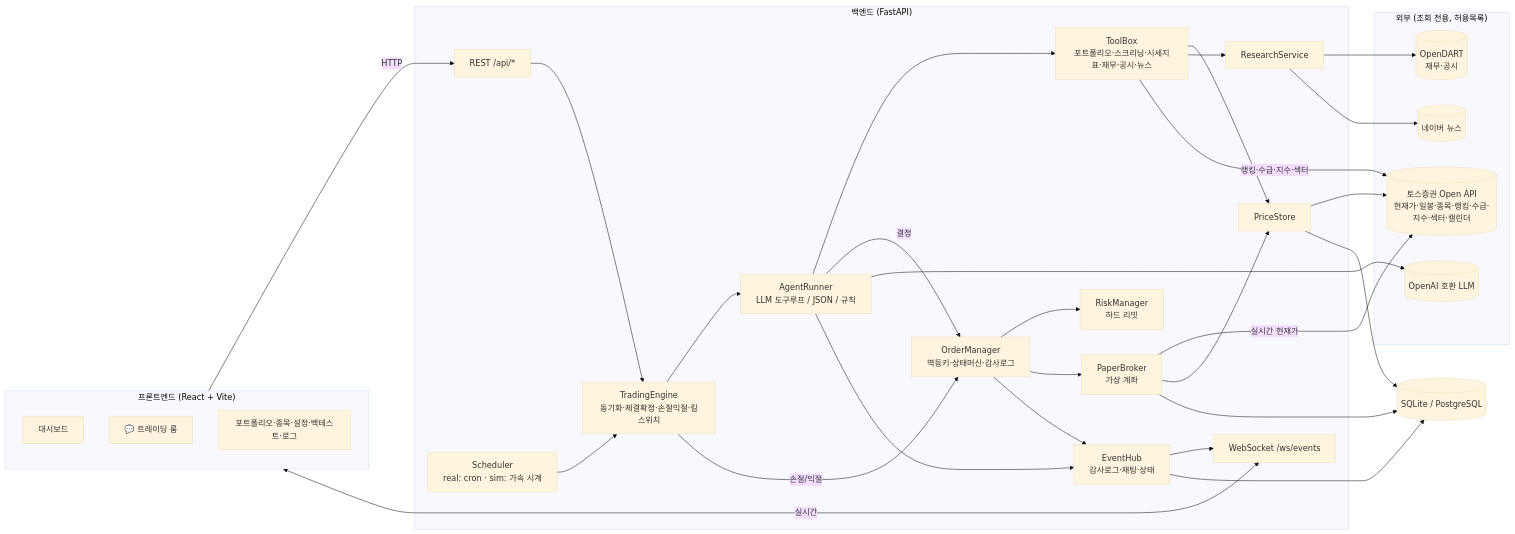
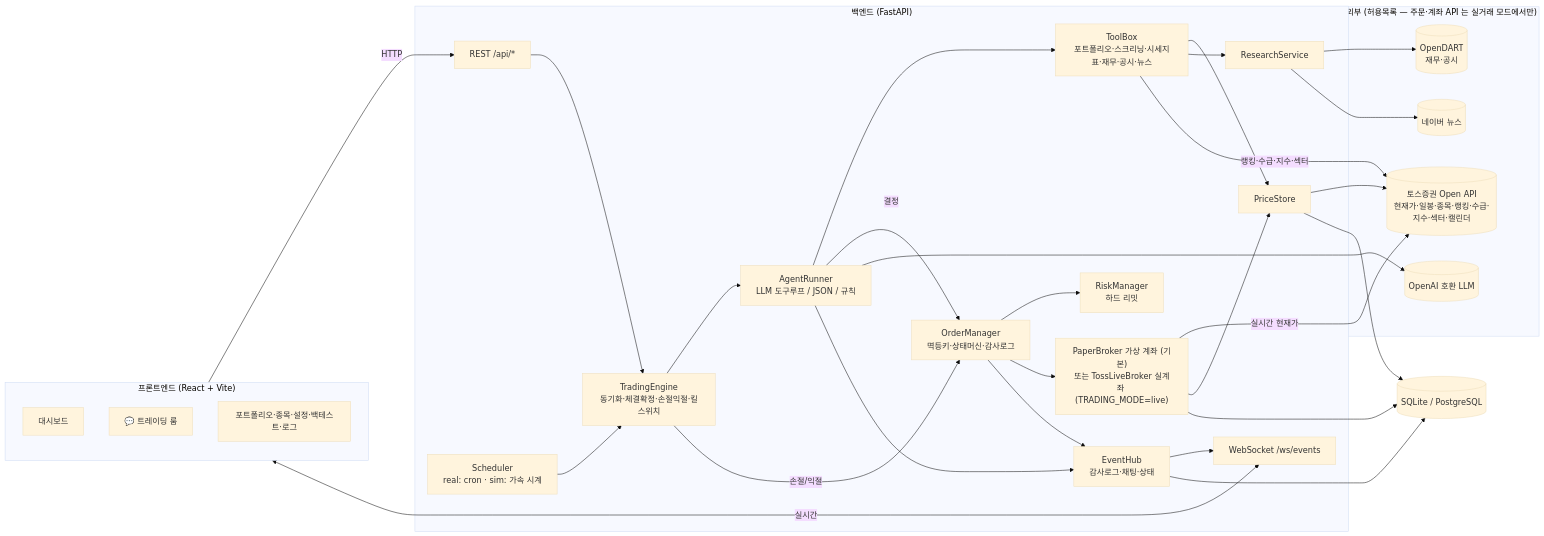
The first of 4 diagrams in docs/ARCHITECTURE.md (CodeofO/autonomous-trading-agent), drawn with Mermaid (base theme) before and after one commit. The commit also changed other lines of this file and 30 other files, not shown here.

````diff
--- a/docs/ARCHITECTURE.md
+++ b/docs/ARCHITECTURE.md
@@ -5,58 +5,58 @@
 ```mermaid
 flowchart LR
   subgraph UI["프론트엔드 (React + Vite)"]
     Dash[대시보드]
     Room[💬 트레이딩 룸]
     Pages[포트폴리오·종목·설정·백테스트·로그]
   end
 
   subgraph API["백엔드 (FastAPI)"]
     REST[REST /api/*]
     WS[WebSocket /ws/events]
     Sched[Scheduler<br/>real: cron · sim: 가속 시계]
     Engine[TradingEngine<br/>동기화·체결확정·손절익절·킬스위치]
     Agent[AgentRunner<br/>LLM 도구루프 / JSON / 규칙]
     Tools[ToolBox<br/>포트폴리오·스크리닝·시세지표·재무·공시·뉴스]
     Risk[RiskManager<br/>하드 리밋]
     OM[OrderManager<br/>멱등키·상태머신·감사로그]
-    Broker[PaperBroker<br/>가상 계좌]
+    Broker["PaperBroker 가상 계좌 (기본)<br/>또는 TossLiveBroker 실계좌 (TRADING_MODE=live)"]
     Hub[EventHub<br/>감사로그·채팅·상태]
     Store[PriceStore]
     Research[ResearchService]
   end
 
-  subgraph EXT["외부 (조회 전용, 허용목록)"]
+  subgraph EXT["외부 (허용목록 — 주문·계좌 API 는 실거래 모드에서만)"]
     TOSS[(토스증권 Open API<br/>현재가·일봉·종목·랭킹·수급·지수·섹터·캘린더)]
     DART[(OpenDART<br/>재무·공시)]
     NAVER[(네이버 뉴스)]
     LLM[(OpenAI 호환 LLM)]
   end
 
   DB[(SQLite / PostgreSQL)]
 
   UI -- HTTP --> REST
   UI <-- 실시간 --> WS
   Sched --> Engine
   REST --> Engine
   Engine --> Agent
   Agent --> Tools
   Agent -- 결정 --> OM
   Engine -- 손절/익절 --> OM
   OM --> Risk
   OM --> Broker
   Tools --> Store
   Tools --> Research
   Store --> TOSS
   Broker -- 실시간 현재가 --> TOSS
   Tools -- 랭킹·수급·지수·섹터 --> TOSS
   Research --> DART
   Research --> NAVER
   Agent --> LLM
   Broker --> Store
   OM --> Hub
   Agent --> Hub
   Hub --> WS
   Hub --> DB
   Broker --> DB
   Store --> DB
 ```
````
